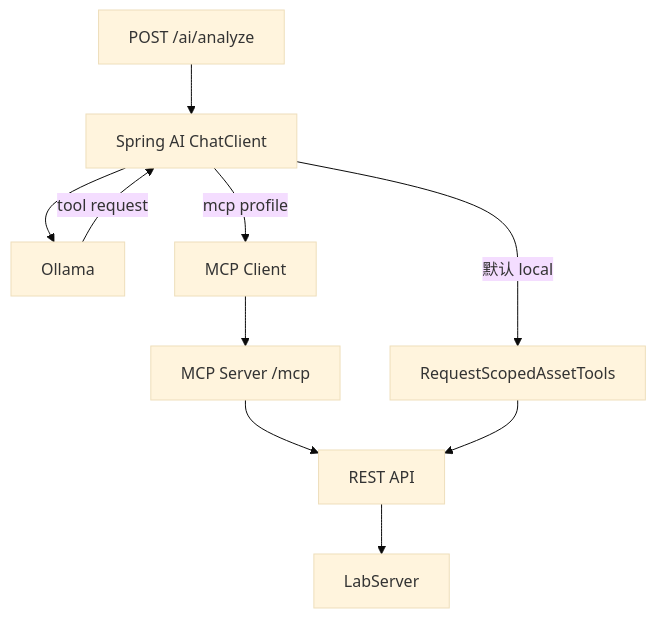
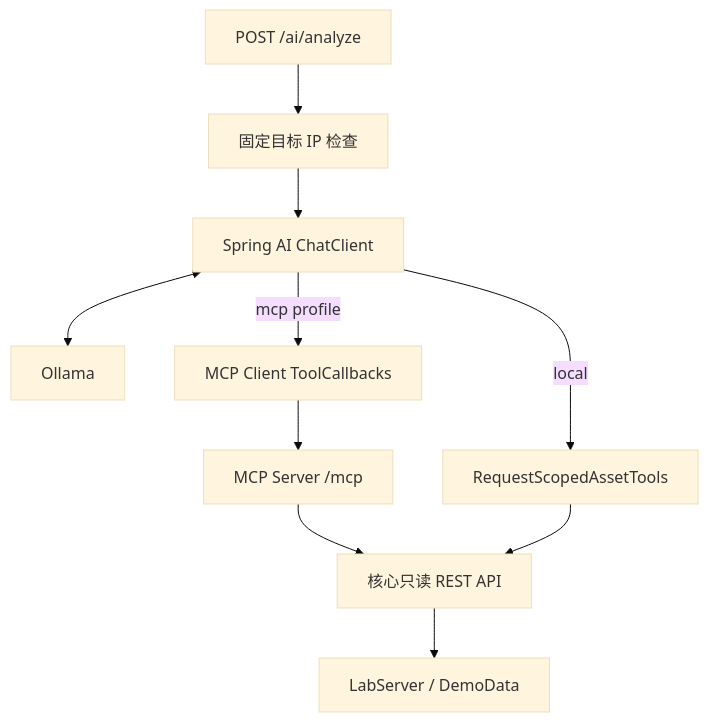
The second of 2 diagrams in docs/02-架构与执行链路.md (yuxuefenfei/asset-security-agent-lab), drawn with Mermaid (base theme) before and after one commit. The commit also changed other lines of this file and 24 other files, not shown here.

````diff
--- a/docs/02-架构与执行链路.md
+++ b/docs/02-架构与执行链路.md
@@ -23,12 +28,12 @@
 ```mermaid
 flowchart TB
-    P[POST /ai/analyze] --> SC[Spring AI ChatClient]
-    SC --> LM[Ollama]
-    LM -->|tool request| SC
-    SC -->|默认 local| LT[RequestScopedAssetTools]
-    SC -->|mcp profile| MC[MCP Client]
+    P[POST /ai/analyze] --> G[固定目标 IP 检查]
+    G --> SC[Spring AI ChatClient]
+    SC <--> LM[Ollama]
+    SC -->|local| LT[RequestScopedAssetTools]
+    SC -->|mcp profile| MC[MCP Client ToolCallbacks]
     MC --> MS[MCP Server /mcp]
-    MS --> API[REST API]
+    MS --> API[核心只读 REST API]
     LT --> API
-    API --> LAB[LabServer]
+    API --> LAB[LabServer / DemoData]
 ```
````
